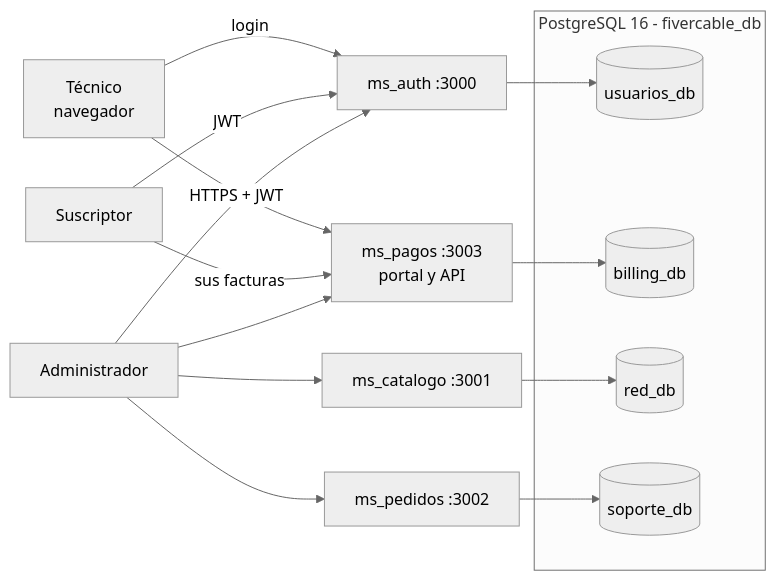
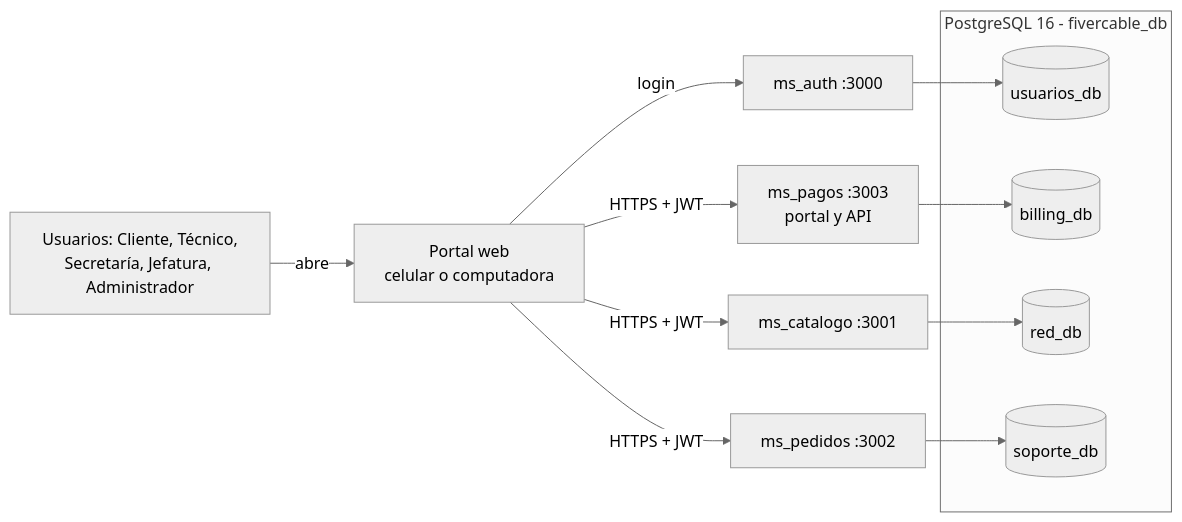
The first of 5 diagrams in docs/entrega-final.md (hperezc16-blip/fiver-cable-devops-demo), drawn with Mermaid (neutral theme) before and after one commit. The commit also changed other lines of this file and 2 other files, not shown here.

Commit message:
Documento de entrega final en Word con capturas y diagramas

````diff
--- a/docs/entrega-final.md
+++ b/docs/entrega-final.md
@@ -94,18 +94,18 @@
 ```mermaid
 flowchart LR
-    T[Técnico<br/>navegador] -->|HTTPS + JWT| P[ms_pagos :3003<br/>portal y API]
-    T -->|login| A[ms_auth :3000]
-    S[Suscriptor] -->|JWT| A
-    S -->|sus facturas| P
-    ADM[Administrador] --> A & P & C[ms_catalogo :3001] & D[ms_pedidos :3002]
+    U5[Usuarios: Cliente, Técnico,<br/>Secretaría, Jefatura, Administrador] -->|abre| W[Portal web<br/>celular o computadora]
+    W -->|login| A[ms_auth :3000]
+    W -->|HTTPS + JWT| P[ms_pagos :3003<br/>portal y API]
+    W -->|HTTPS + JWT| C[ms_catalogo :3001]
+    W -->|HTTPS + JWT| D[ms_pedidos :3002]
     subgraph PG[PostgreSQL 16 - fivercable_db]
-      U[(usuarios_db)]
+      UDB[(usuarios_db)]
       B[(billing_db)]
       R[(red_db)]
       SO[(soporte_db)]
     end
-    A --> U
+    A --> UDB
     P --> B
     C --> R
     D --> SO
 ```
````
